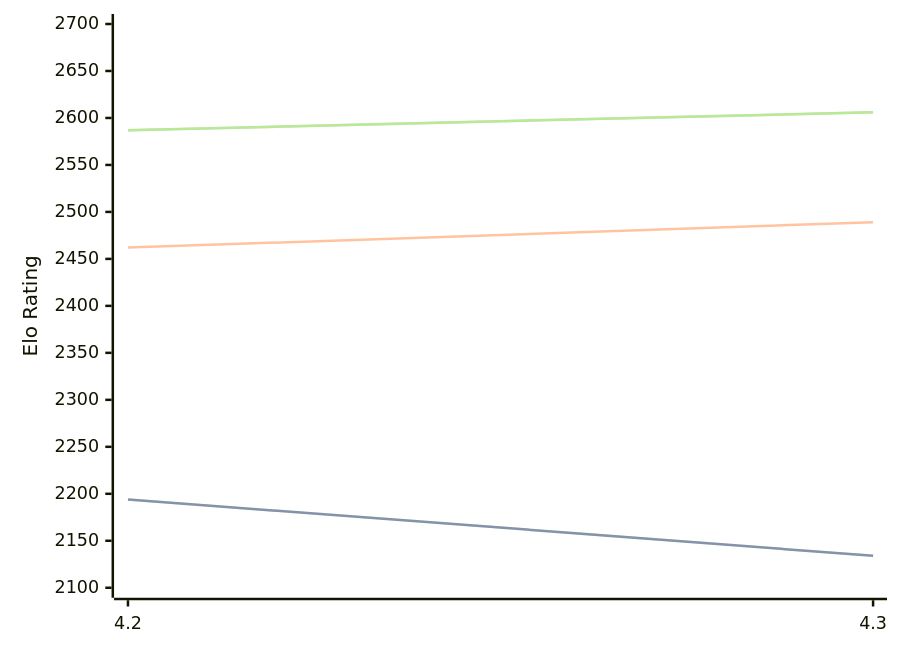
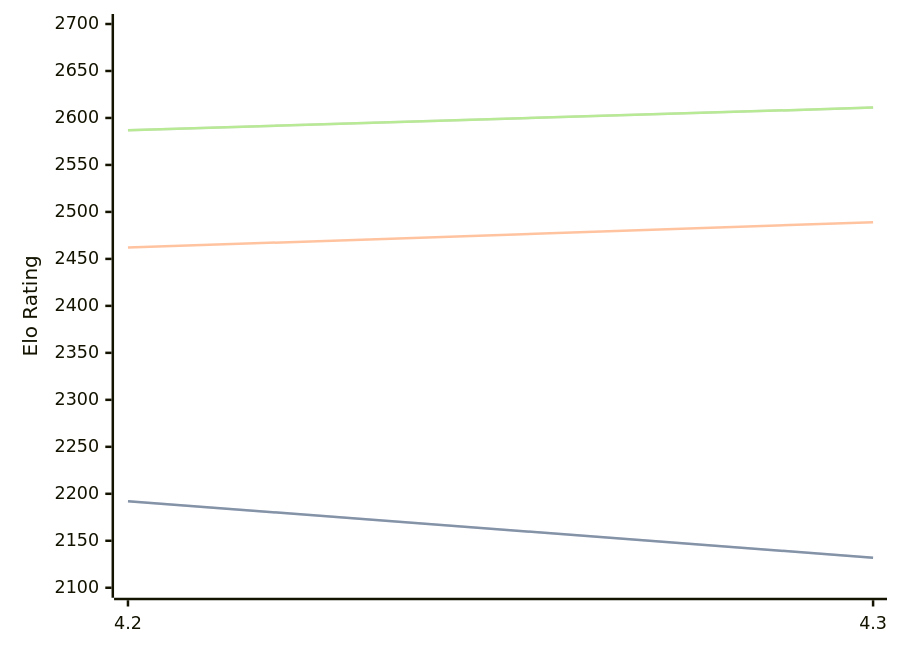
The diagram in engines/Eubos.md (computer-chess-index/cci), drawn with Mermaid before and after one commit. The commit also changed other lines of this file, not shown here.

Commit message:
Update CCI Ratings (ELO VLTC) - 2026-04-16

````diff
--- a/engines/Eubos.md
+++ b/engines/Eubos.md
@@ -88,11 +88,11 @@
 ```mermaid
 %%{init: {"theme":"base","themeVariables":{"seriesColors:['#a3a3a3','#222221','#faa371']}}}%%
 xychart-beta
   x-axis ["4.2", "4.3"]
   y-axis "Elo Rating" 2100 --> 2700
-  line "STC (8.0+0.08s)" [2194, 2134]
-  line "STC (8.0+0.08s)" [2194, 2134]
+  line "STC (8.0+0.08s)" [2192, 2132]
+  line "STC (8.0+0.08s)" [2192, 2132]
   line "LTC (60.0+0.60s)" [2462, 2489]
-  line "VLTC (2m24s+1.12s)" [2587, 2606]
-  line "VLTC (2m24s+1.12s)" [2587, 2606]
+  line "VLTC (2m24s+1.12s)" [2587, 2611]
+  line "VLTC (2m24s+1.12s)" [2587, 2611]
 ```
````
